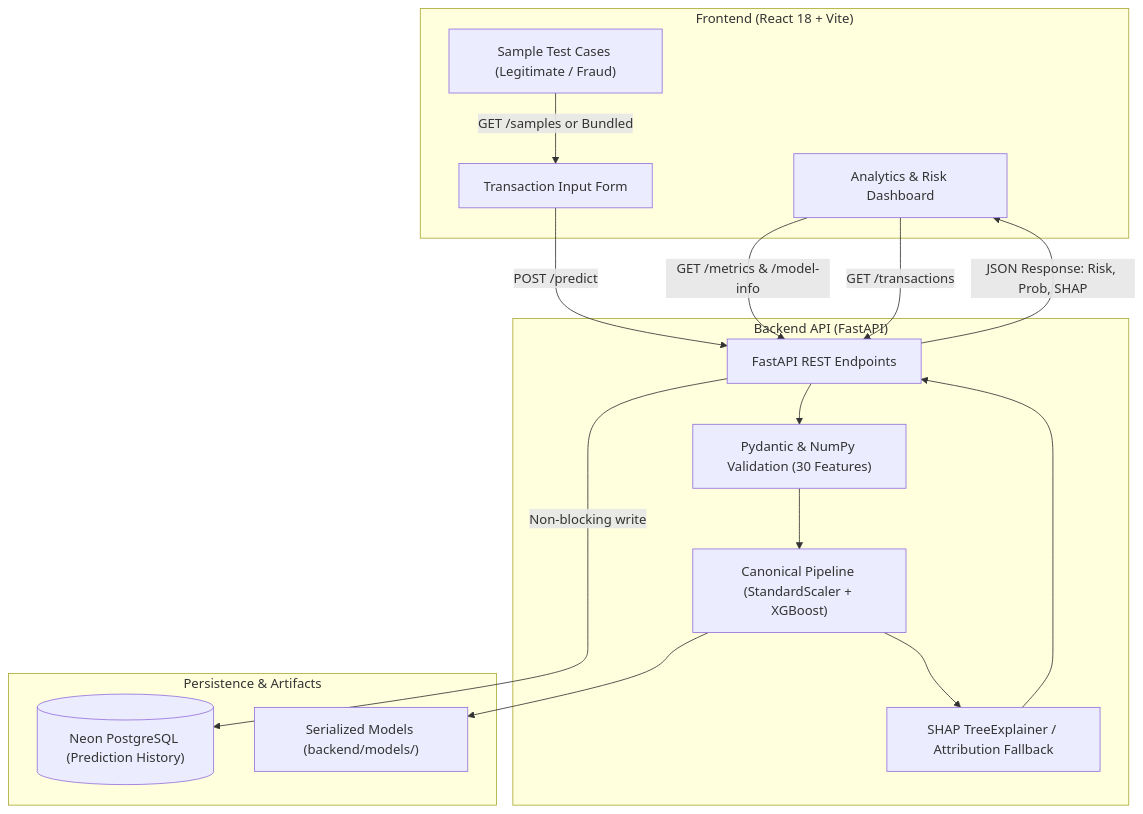
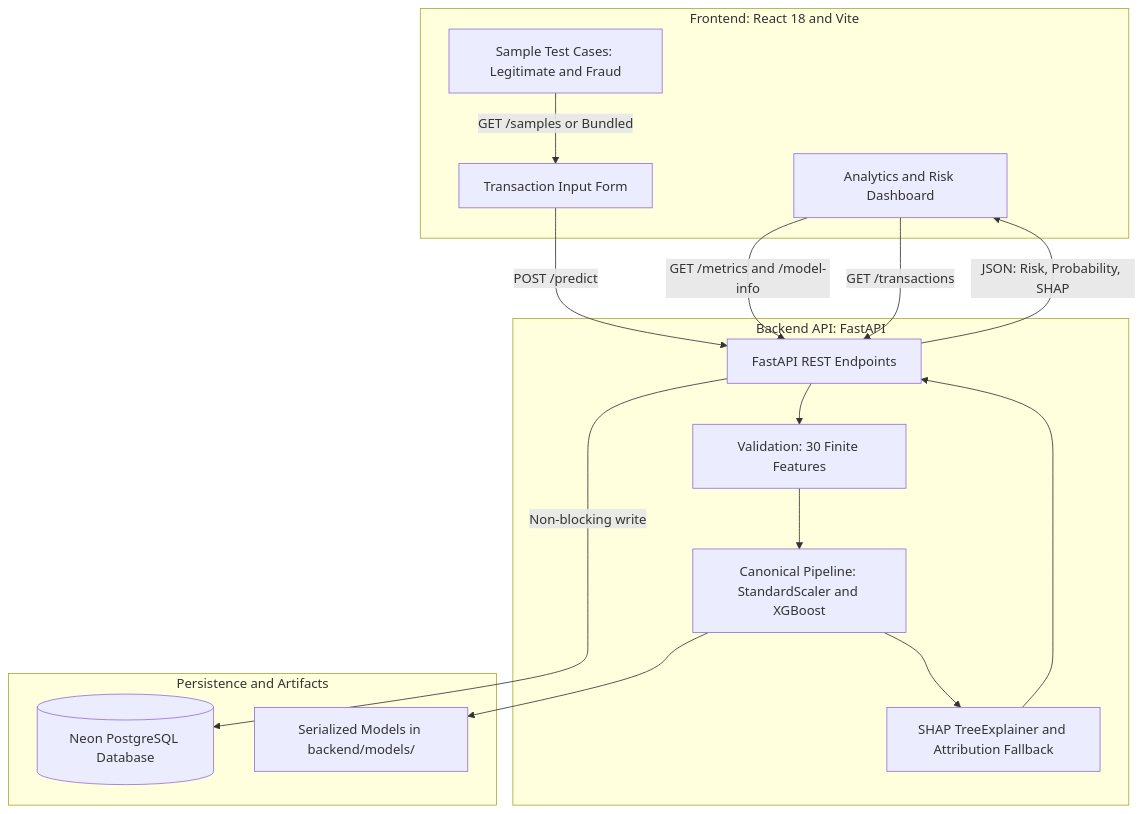
Before and after one commit to Nikhil-VS1811/fraud-detection-system: the first of 2 diagrams in README.md, drawn with Mermaid. The commit also changed other lines of this file, not shown here.

Commit message:
docs: fix Mermaid diagram rendering

````diff
--- a/README.md
+++ b/README.md
@@ -29,33 +29,33 @@
 ```mermaid
 flowchart TD
-    subgraph Client["Frontend (React 18 + Vite)"]
-        UI["Analytics & Risk Dashboard"]
+    subgraph Client ["Frontend: React 18 and Vite"]
+        UI["Analytics and Risk Dashboard"]
         Form["Transaction Input Form"]
-        SampleButtons["Sample Test Cases (Legitimate / Fraud)"]
+        SampleButtons["Sample Test Cases: Legitimate and Fraud"]
     end
 
-    subgraph Backend["Backend API (FastAPI)"]
+    subgraph Backend ["Backend API: FastAPI"]
         API["FastAPI REST Endpoints"]
-        Validator["Pydantic & NumPy Validation (30 Features)"]
-        Pipeline["Canonical Pipeline (StandardScaler + XGBoost)"]
-        Explainer["SHAP TreeExplainer / Attribution Fallback"]
+        Validator["Validation: 30 Finite Features"]
+        Pipeline["Canonical Pipeline: StandardScaler and XGBoost"]
+        Explainer["SHAP TreeExplainer and Attribution Fallback"]
     end
 
-    subgraph Storage["Persistence & Artifacts"]
-        NeonDB[("Neon PostgreSQL (Prediction History)")]
-        Models["Serialized Models (backend/models/)"]
+    subgraph Storage ["Persistence and Artifacts"]
+        NeonDB[("Neon PostgreSQL Database")]
+        Models["Serialized Models in backend/models/"]
     end
 
-    Form -->|POST /predict| API
-    SampleButtons -->|GET /samples or Bundled| Form
-    UI -->|GET /metrics & /model-info| API
-    UI -->|GET /transactions| API
+    Form -->|"POST /predict"| API
+    SampleButtons -->|"GET /samples or Bundled"| Form
+    UI -->|"GET /metrics and /model-info"| API
+    UI -->|"GET /transactions"| API
 
     API --> Validator
     Validator --> Pipeline
     Pipeline --> Models
     Pipeline --> Explainer
     Explainer --> API
-    API -->|Non-blocking write| NeonDB
-    API -->|JSON Response: Risk, Prob, SHAP| UI
+    API -->|"Non-blocking write"| NeonDB
+    API -->|"JSON: Risk, Probability, SHAP"| UI
 ```
````
